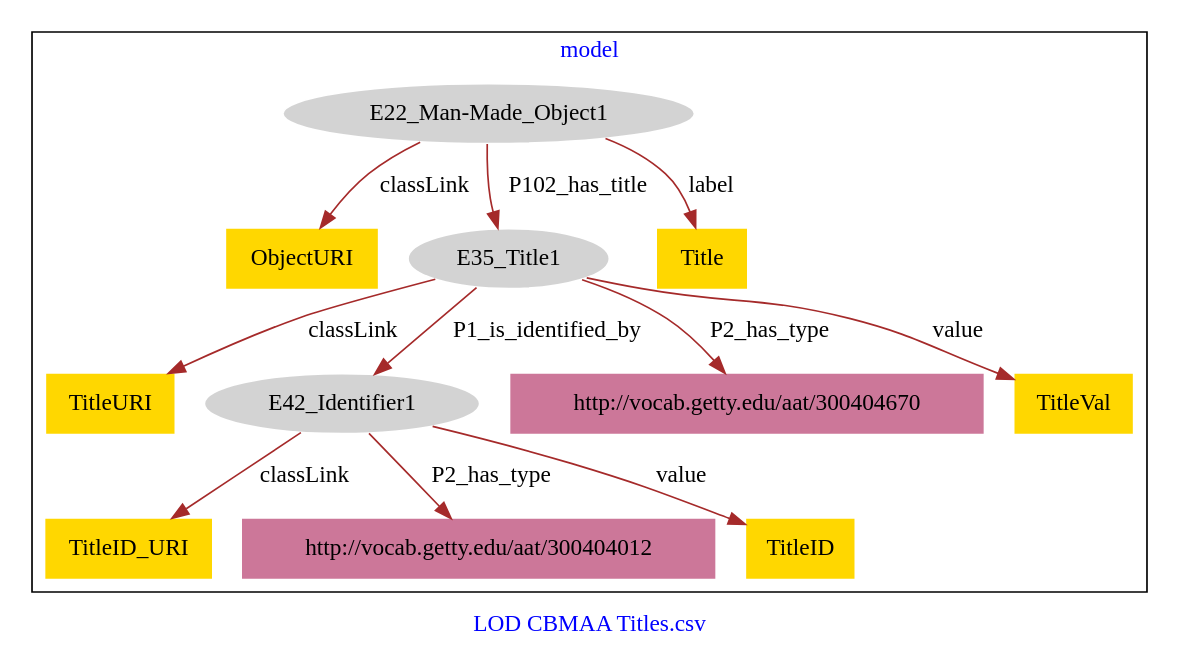
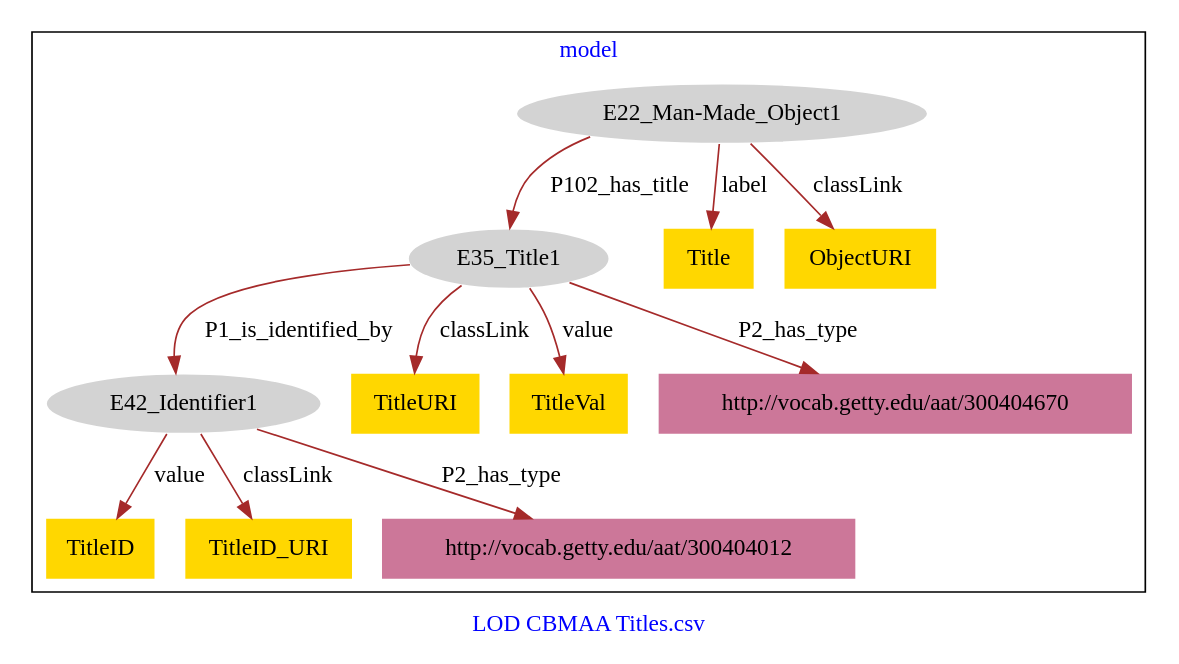
The diagram in CBMAA_Titles/CBMAA_Titles-model.dot (american-art/cbm), drawn with Graphviz before and after one commit.

Commit message:
Update file CBMAA_Titles-model.dot

```diff
--- a/CBMAA_Titles/CBMAA_Titles-model.dot
+++ b/CBMAA_Titles/CBMAA_Titles-model.dot
@@ -1,29 +1,29 @@
 digraph n0 {
 fontcolor="blue"
 remincross="true"
 label="LOD CBMAA Titles.csv"
 subgraph cluster {
 label="model"
 n2[style="filled",color="white",fillcolor="lightgray",label="E22_Man-Made_Object1"];
-n3[shape="plaintext",style="filled",fillcolor="gold",label="ObjectURI"];
-n4[style="filled",color="white",fillcolor="lightgray",label="E35_Title1"];
-n5[shape="plaintext",style="filled",fillcolor="gold",label="Title"];
-n6[shape="plaintext",style="filled",fillcolor="gold",label="TitleURI"];
-n7[style="filled",color="white",fillcolor="lightgray",label="E42_Identifier1"];
-n8[shape="plaintext",style="filled",fillcolor="#CC7799",label="http://vocab.getty.edu/aat/300404670"];
-n9[shape="plaintext",style="filled",fillcolor="gold",label="TitleVal"];
-n10[shape="plaintext",style="filled",fillcolor="gold",label="TitleID_URI"];
+n3[style="filled",color="white",fillcolor="lightgray",label="E35_Title1"];
+n4[style="filled",color="white",fillcolor="lightgray",label="E42_Identifier1"];
+n5[shape="plaintext",style="filled",fillcolor="gold",label="TitleURI"];
+n6[shape="plaintext",style="filled",fillcolor="gold",label="TitleID"];
+n7[shape="plaintext",style="filled",fillcolor="gold",label="Title"];
+n8[shape="plaintext",style="filled",fillcolor="gold",label="TitleVal"];
+n9[shape="plaintext",style="filled",fillcolor="gold",label="TitleID_URI"];
+n10[shape="plaintext",style="filled",fillcolor="gold",label="ObjectURI"];
 n11[shape="plaintext",style="filled",fillcolor="#CC7799",label="http://vocab.getty.edu/aat/300404012"];
-n12[shape="plaintext",style="filled",fillcolor="gold",label="TitleID"];
+n12[shape="plaintext",style="filled",fillcolor="#CC7799",label="http://vocab.getty.edu/aat/300404670"];
 }
-n2 -> n3[color="brown",fontcolor="black",label="classLink"]
-n2 -> n4[color="brown",fontcolor="black",label="P102_has_title"]
-n2 -> n5[color="brown",fontcolor="black",label="label"]
-n4 -> n6[color="brown",fontcolor="black",label="classLink"]
-n4 -> n7[color="brown",fontcolor="black",label="P1_is_identified_by"]
-n4 -> n8[color="brown",fontcolor="black",label="P2_has_type"]
-n4 -> n9[color="brown",fontcolor="black",label="value"]
-n7 -> n10[color="brown",fontcolor="black",label="classLink"]
-n7 -> n11[color="brown",fontcolor="black",label="P2_has_type"]
-n7 -> n12[color="brown",fontcolor="black",label="value"]
+n2 -> n3[color="brown",fontcolor="black",label="P102_has_title"]
+n3 -> n4[color="brown",fontcolor="black",label="P1_is_identified_by"]
+n3 -> n5[color="brown",fontcolor="black",label="classLink"]
+n4 -> n6[color="brown",fontcolor="black",label="value"]
+n2 -> n7[color="brown",fontcolor="black",label="label"]
+n3 -> n8[color="brown",fontcolor="black",label="value"]
+n4 -> n9[color="brown",fontcolor="black",label="classLink"]
+n2 -> n10[color="brown",fontcolor="black",label="classLink"]
+n4 -> n11[color="brown",fontcolor="black",label="P2_has_type"]
+n3 -> n12[color="brown",fontcolor="black",label="P2_has_type"]
 }
```
